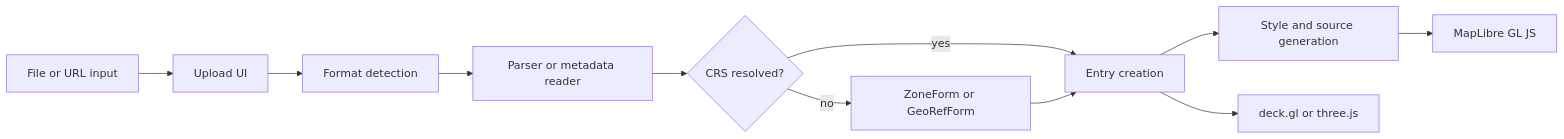
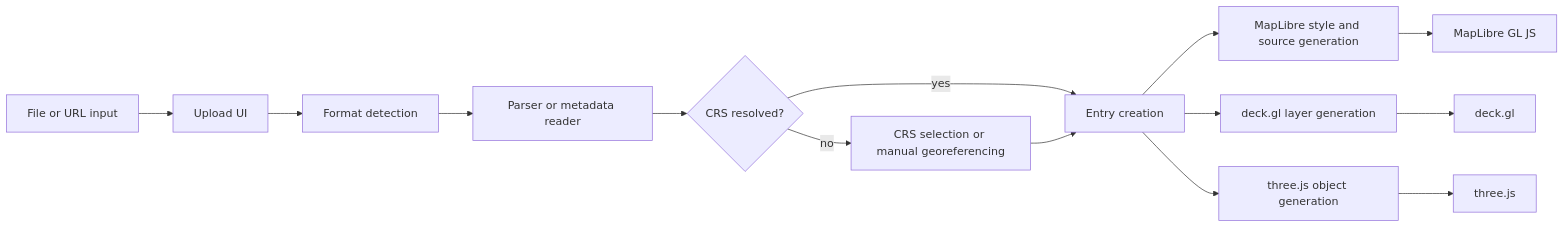
One commit to forestacdev/morivis changed the diagram in README.md. Above: the diagram before and after it, drawn with Mermaid.

````diff
--- a/README.md
+++ b/README.md
@@ -60,13 +60,16 @@
 ```mermaid
 graph LR
     A[File or URL input] --> B[Upload UI]
     B --> C[Format detection]
     C --> D[Parser or metadata reader]
     D --> E{CRS resolved?}
     E -- yes --> F[Entry creation]
-    E -- no --> G[ZoneForm or GeoRefForm]
+    E -- no --> G[CRS selection or manual georeferencing]
     G --> F
-    F --> H[Style and source generation]
-    H --> I[MapLibre GL JS]
-    F --> J[deck.gl or three.js]
+    F --> H[MapLibre style and source generation]
+    F --> I[deck.gl layer generation]
+    F --> J[three.js object generation]
+    H --> K[MapLibre GL JS]
+    I --> L[deck.gl]
+    J --> M[three.js]
 ```
````
